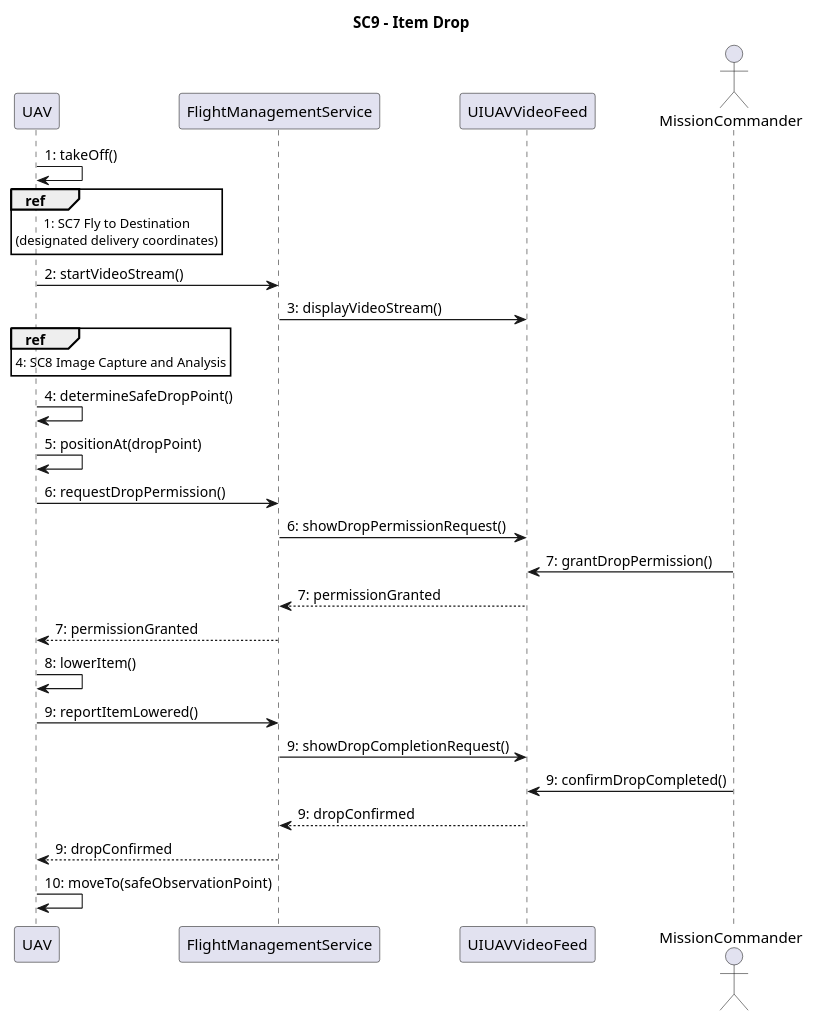
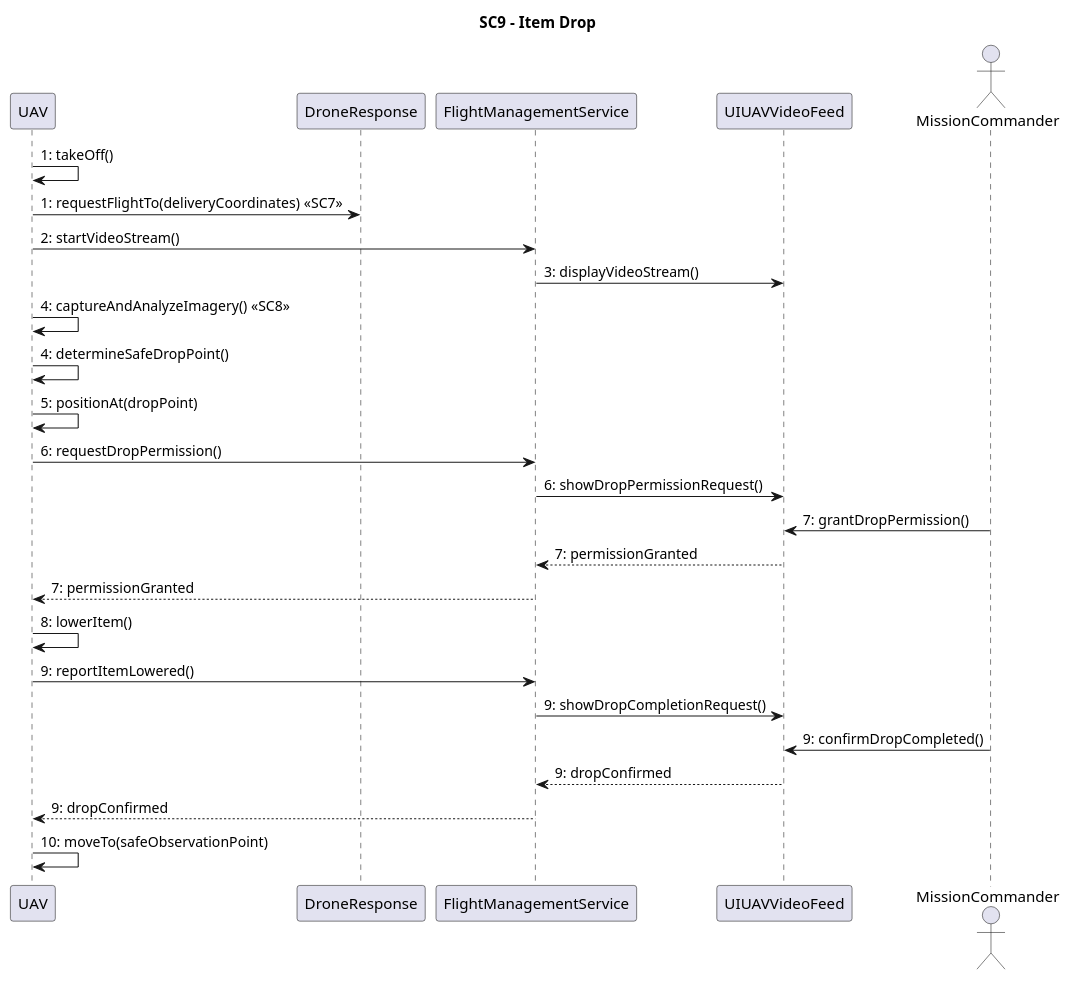
One commit to RathbergerJakob/e3-soft-eng changed the diagram in reworked/sc9.puml. Above: the diagram before and after it, drawn with PlantUML. The commit also changed 9 other files, not shown here.

```diff
--- a/reworked/sc9.puml
+++ b/reworked/sc9.puml
@@ -1,34 +1,35 @@
 @startuml
 title SC9 – Item Drop
 
 participant UAV
+participant DroneResponse
 participant FlightManagementService
 participant UIUAVVideoFeed
 actor MissionCommander
 
 UAV -> UAV : 1: takeOff()
-ref over UAV : 1: SC7 Fly to Destination\n(designated delivery coordinates)
+UAV -> DroneResponse : 1: requestFlightTo(deliveryCoordinates) «SC7»
 
 UAV -> FlightManagementService : 2: startVideoStream()
 FlightManagementService -> UIUAVVideoFeed : 3: displayVideoStream()
 
-ref over UAV : 4: SC8 Image Capture and Analysis
+UAV -> UAV : 4: captureAndAnalyzeImagery() «SC8»
 UAV -> UAV : 4: determineSafeDropPoint()
 UAV -> UAV : 5: positionAt(dropPoint)
 
 UAV -> FlightManagementService : 6: requestDropPermission()
 FlightManagementService -> UIUAVVideoFeed : 6: showDropPermissionRequest()
 MissionCommander -> UIUAVVideoFeed : 7: grantDropPermission()
 UIUAVVideoFeed --> FlightManagementService : 7: permissionGranted
 FlightManagementService --> UAV : 7: permissionGranted
 
 UAV -> UAV : 8: lowerItem()
 
 UAV -> FlightManagementService : 9: reportItemLowered()
 FlightManagementService -> UIUAVVideoFeed : 9: showDropCompletionRequest()
 MissionCommander -> UIUAVVideoFeed : 9: confirmDropCompleted()
 UIUAVVideoFeed --> FlightManagementService : 9: dropConfirmed
 FlightManagementService --> UAV : 9: dropConfirmed
 
 UAV -> UAV : 10: moveTo(safeObservationPoint)
 @enduml
```
